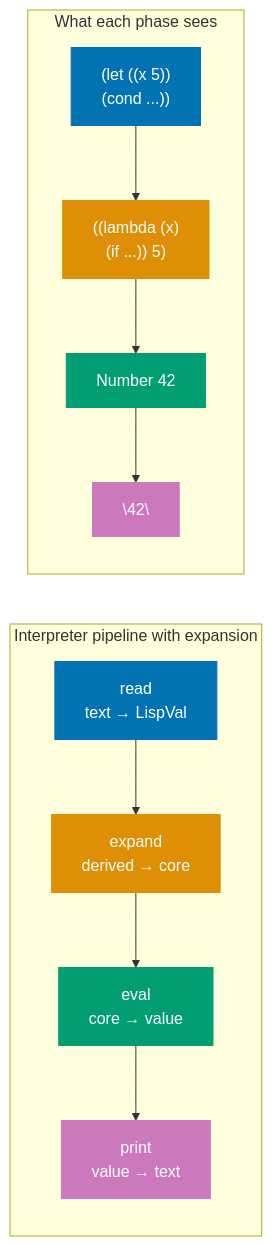
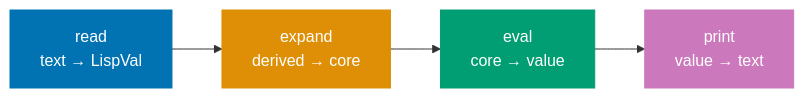
Before and after one commit to wahidyankf/open-sharia-enterprise: the fifth of 8 diagrams in apps/ayokoding-web/content/en/learn/software-engineering/compilers-and-interpreters/lisp-interpreter-in-fsharp/part-5-derived-forms-and-repl.md, drawn with Mermaid. The commit also changed other lines of this file and 6 other files, not shown here.

First line of the commit message:
fix(ayokoding-web): fix mermaid parse errors and split comparison diagrams

````diff
--- a/apps/ayokoding-web/content/en/learn/software-engineering/compilers-and-interpreters/lisp-interpreter-in-fsharp/part-5-derived-forms-and-repl.md
+++ b/apps/ayokoding-web/content/en/learn/software-engineering/compilers-and-interpreters/lisp-interpreter-in-fsharp/part-5-derived-forms-and-repl.md
@@ -163,31 +164,14 @@
 ```mermaid
 %% Color palette: Blue #0173B2, Orange #DE8F05, Teal #029E73, Purple #CC78BC, Brown #CA9161, Gray #808080
 flowchart LR
-    subgraph Pipeline["Interpreter pipeline with expansion"]
-        R["read\ntext → LispVal"]
-        E["expand\nderived → core"]
-        V["eval\ncore → value"]
-        P["print\nvalue → text"]
-
-        R --> E --> V --> P
-    end
-
-    subgraph Forms["What each phase sees"]
-        RF["(let ((x 5))\n  (cond ...))"]
-        EF["((lambda (x)\n  (if ...)) 5)"]
-        VF["Number 42"]
-        PF["\"42\""]
-
-        RF --> EF --> VF --> PF
-    end
+    R["read\ntext → LispVal"] --> E["expand\nderived → core"] --> V["eval\ncore → value"] --> P["print\nvalue → text"]
 
     classDef blue fill:#0173B2,color:#fff,stroke:#0173B2
     classDef orange fill:#DE8F05,color:#fff,stroke:#DE8F05
     classDef teal fill:#029E73,color:#fff,stroke:#029E73
     classDef purple fill:#CC78BC,color:#fff,stroke:#CC78BC
-
-    class R,RF blue
-    class E,EF orange
-    class V,VF teal
-    class P,PF purple
+    class R blue
+    class E orange
+    class V teal
+    class P purple
 ```
````
